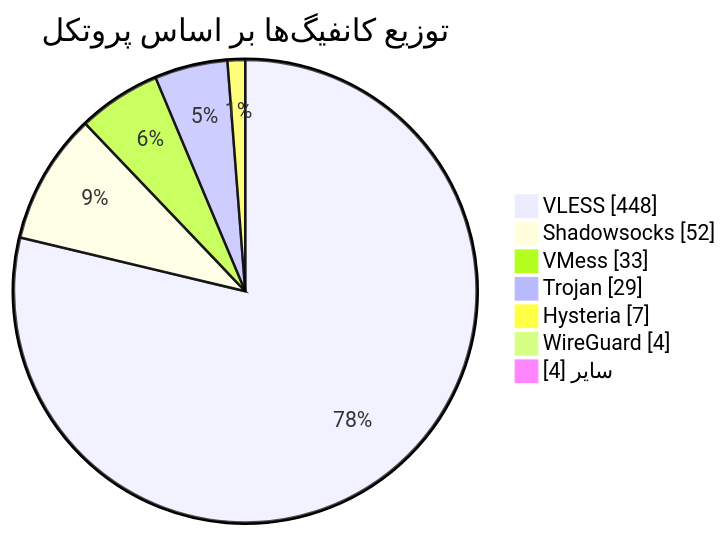
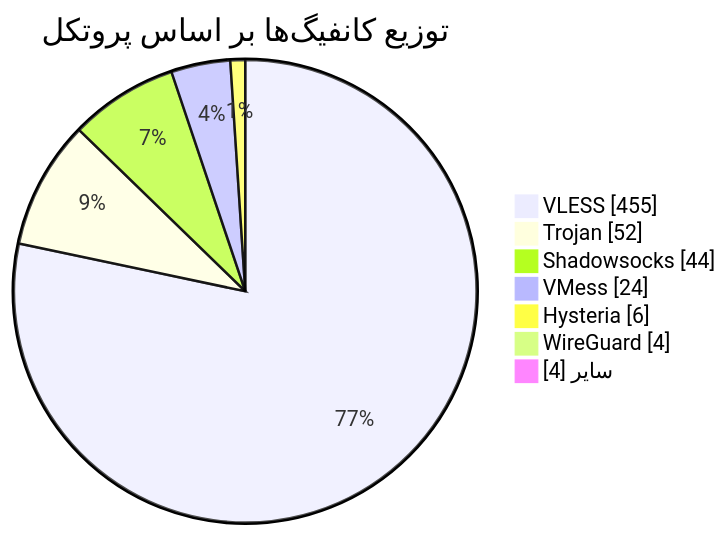
Before and after one commit to Arian-Alijani/Somthing: the diagram in README.md, drawn with Mermaid. The commit also changed other lines of this file and 21 other files, not shown here.

````diff
--- a/README.md
+++ b/README.md
@@ -49,11 +49,11 @@
 ```mermaid
 pie showData
     title توزیع کانفیگ‌ها بر اساس پروتکل
-    "VLESS" : 448
-    "Shadowsocks" : 52
-    "VMess" : 33
-    "Trojan" : 29
-    "Hysteria" : 7
+    "VLESS" : 455
+    "Trojan" : 52
+    "Shadowsocks" : 44
+    "VMess" : 24
+    "Hysteria" : 6
     "WireGuard" : 4
     "سایر" : 4
 ```
````
